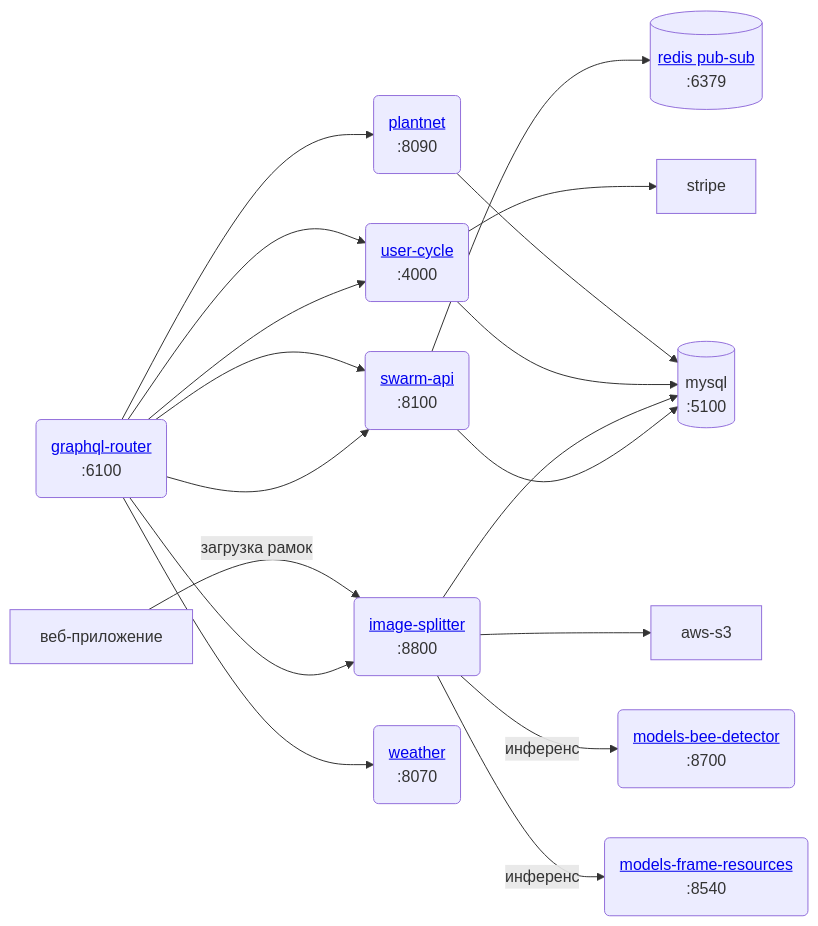
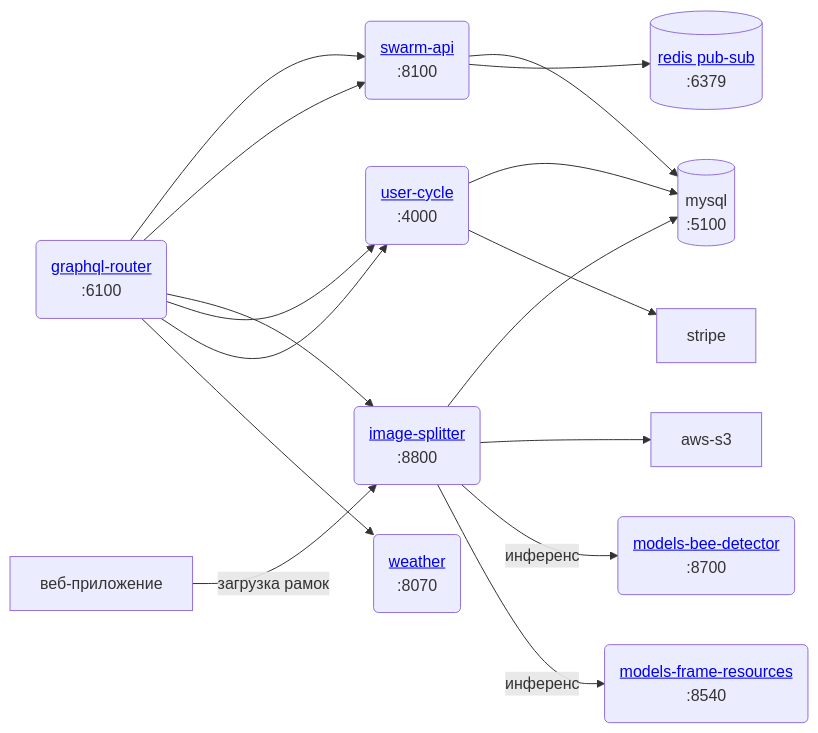
Before and after one commit to Gratheon/website2: the second of 2 diagrams in content/ru/docs/web-app/web-app.md, drawn with Mermaid. The commit also changed 9 other files, not shown here.

````diff
--- a/content/ru/docs/web-app/web-app.md
+++ b/content/ru/docs/web-app/web-app.md
@@ -47,17 +47,16 @@
 ```mermaid
 flowchart LR
 	graphql-router("<a href='https://github.com/Gratheon/graphql-router'>graphql-router</a>\n :6100") --> swarm-api("<a href='https://github.com/Gratheon/swarm-api'>swarm-api</a>\n:8100") --> mysql[(mysql\n:5100)]
 	graphql-router --> swarm-api --> redis[("<a href='https://github.com/Gratheon/redis'>redis pub-sub</a>\n:6379")]
 
 
 	graphql-router --> image-splitter("<a href='https://github.com/Gratheon/image-splitter'>image-splitter</a>\n:8800") --> mysql
 
 	веб-приложение --"загрузка рамок"--> image-splitter --> aws-s3
 	image-splitter --"инференс"--> models-bee-detector("<a href='https://github.com/Gratheon/models-bee-detector'>models-bee-detector</a>\n:8700")
 	image-splitter --"инференс"--> models-frame-resources("<a href='https://github.com/Gratheon/models-frame-resources'>models-frame-resources</a>\n:8540")
 	graphql-router --> user-cycle("<a href='https://github.com/Gratheon/user-cycle'>user-cycle</a>\n:4000") --> mysql
 	graphql-router --> user-cycle --> stripe
-	graphql-router --> plantnet("<a href='https://github.com/Gratheon/plantnet'>plantnet</a>\n:8090") --> mysql
 
 	graphql-router --> weather("<a href='https://github.com/Gratheon/weather'>weather</a>\n:8070")
 ```
````
